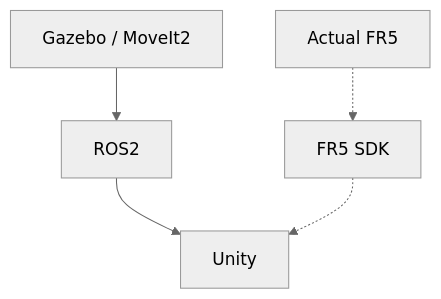
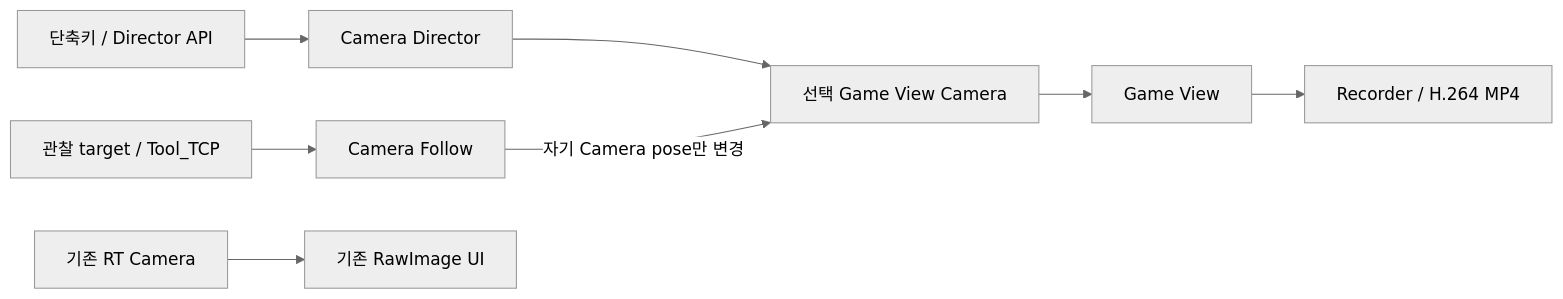
Before and after one commit to seongyeop-dev/fr5-unity-digital-twin: the fifth of 5 diagrams in docs/04_data_flow.md, drawn with Mermaid (neutral theme). The commit also changed other lines of this file and 49 other files, not shown here.

````diff
--- a/docs/04_data_flow.md
+++ b/docs/04_data_flow.md
@@ -148,5 +90,10 @@
 ```mermaid
-flowchart TB
-    G["Gazebo / MoveIt2"] --> R["ROS2"] --> U["Unity"]
-    F["Actual FR5"] -.-> S["FR5 SDK"] -.-> U
+flowchart LR
+    KEY["단축키 / Director API"] --> D["Camera Director"]
+    D --> C["선택 Game View Camera"]
+    TARGET["관찰 target / Tool_TCP"] --> F["Camera Follow"]
+    F -->|"자기 Camera pose만 변경"| C
+    C --> G["Game View"]
+    G --> R["Recorder / H.264 MP4"]
+    RT["기존 RT Camera"] --> UI["기존 RawImage UI"]
 ```
````
